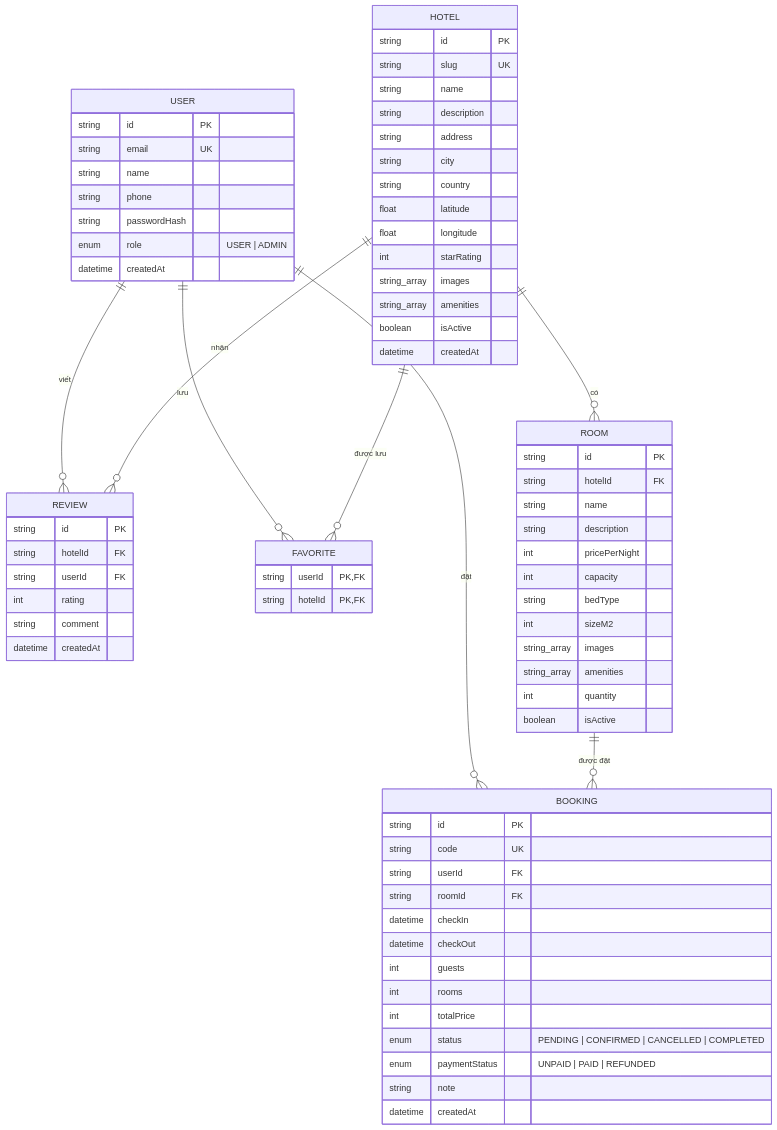
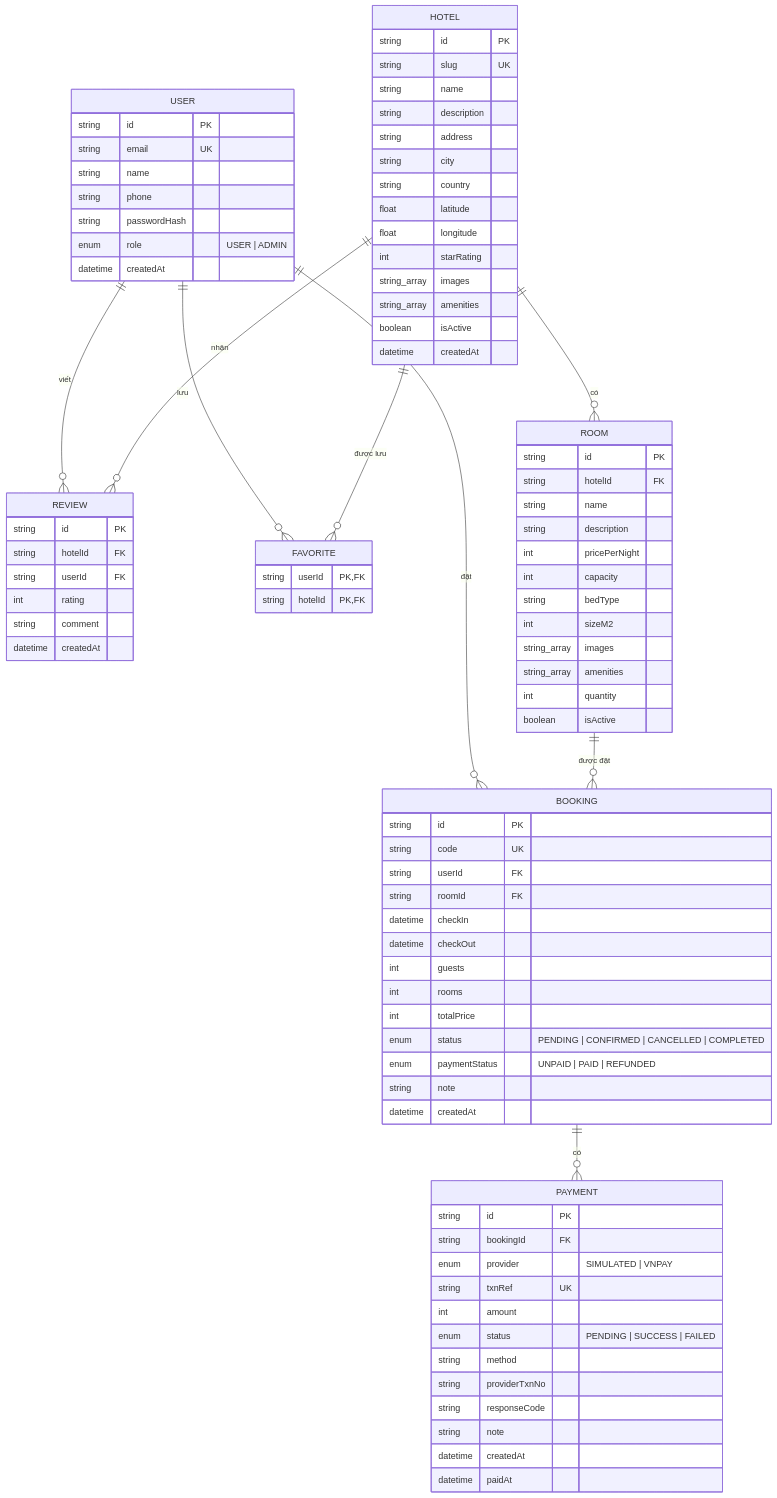
The diagram in README.md (ongtrumphuong/TTTN_Booking_Hotel), drawn with Mermaid before and after one commit. The commit also changed other lines of this file and 16 other files, not shown here.

First line of the commit message:
Add VNPay sandbox payments and booking confirmation email

```diff
--- a/README.md
+++ b/README.md
@@ -107,6 +109,7 @@
     HOTEL ||--o{ REVIEW : "nhận"
     HOTEL ||--o{ FAVORITE : "được lưu"
     ROOM ||--o{ BOOKING : "được đặt"
+    BOOKING ||--o{ PAYMENT : "có"
 
     USER {
         string id PK
@@ -162,6 +165,20 @@
         string note
         datetime createdAt
     }
+    PAYMENT {
+        string id PK
+        string bookingId FK
+        enum provider "SIMULATED | VNPAY"
+        string txnRef UK
+        int amount
+        enum status "PENDING | SUCCESS | FAILED"
+        string method
+        string providerTxnNo
+        string responseCode
+        string note
+        datetime createdAt
+        datetime paidAt
+    }
     REVIEW {
         string id PK
         string hotelId FK
```
